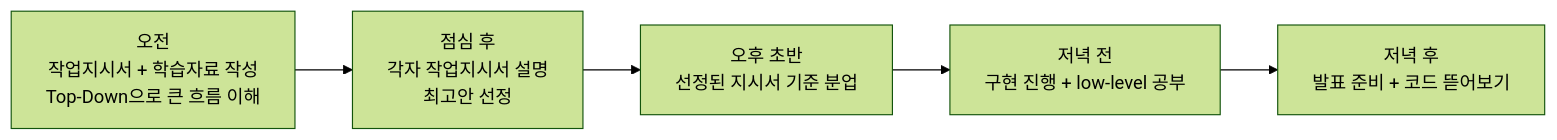
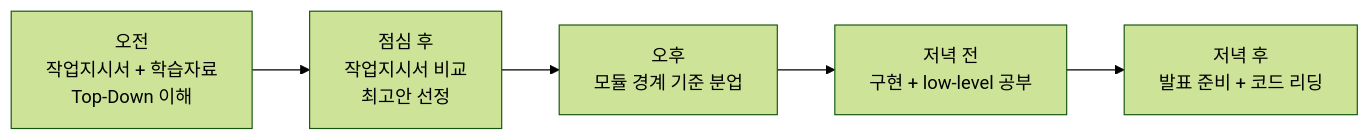
Before and after one commit to whiskend/sql-parser-engine: the tenth of 11 diagrams in README.md, drawn with Mermaid (forest theme). The commit also changed other lines of this file and 1 other file, not shown here.

````diff
--- a/README.md
+++ b/README.md
@@ -457,7 +236,7 @@
 ```mermaid
 flowchart LR
-    A["오전<br/>작업지시서 + 학습자료 작성<br/>Top-Down으로 큰 흐름 이해"] --> B["점심 후<br/>각자 작업지시서 설명<br/>최고안 선정"]
-    B --> C["오후 초반<br/>선정된 지시서 기준 분업"]
-    C --> D["저녁 전<br/>구현 진행 + low-level 공부"]
-    D --> E["저녁 후<br/>발표 준비 + 코드 뜯어보기"]
+    A["오전<br/>작업지시서 + 학습자료<br/>Top-Down 이해"] --> B["점심 후<br/>작업지시서 비교<br/>최고안 선정"]
+    B --> C["오후<br/>모듈 경계 기준 분업"]
+    C --> D["저녁 전<br/>구현 + low-level 공부"]
+    D --> E["저녁 후<br/>발표 준비 + 코드 리딩"]
 ```
````
